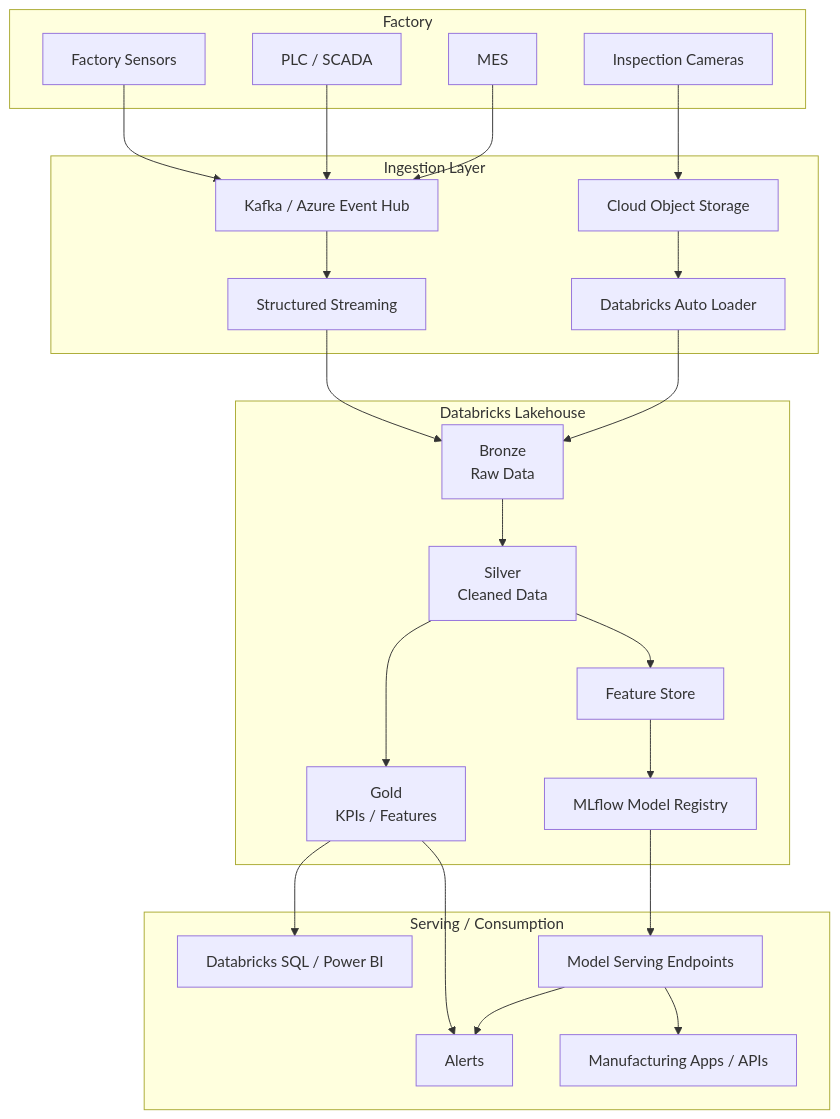
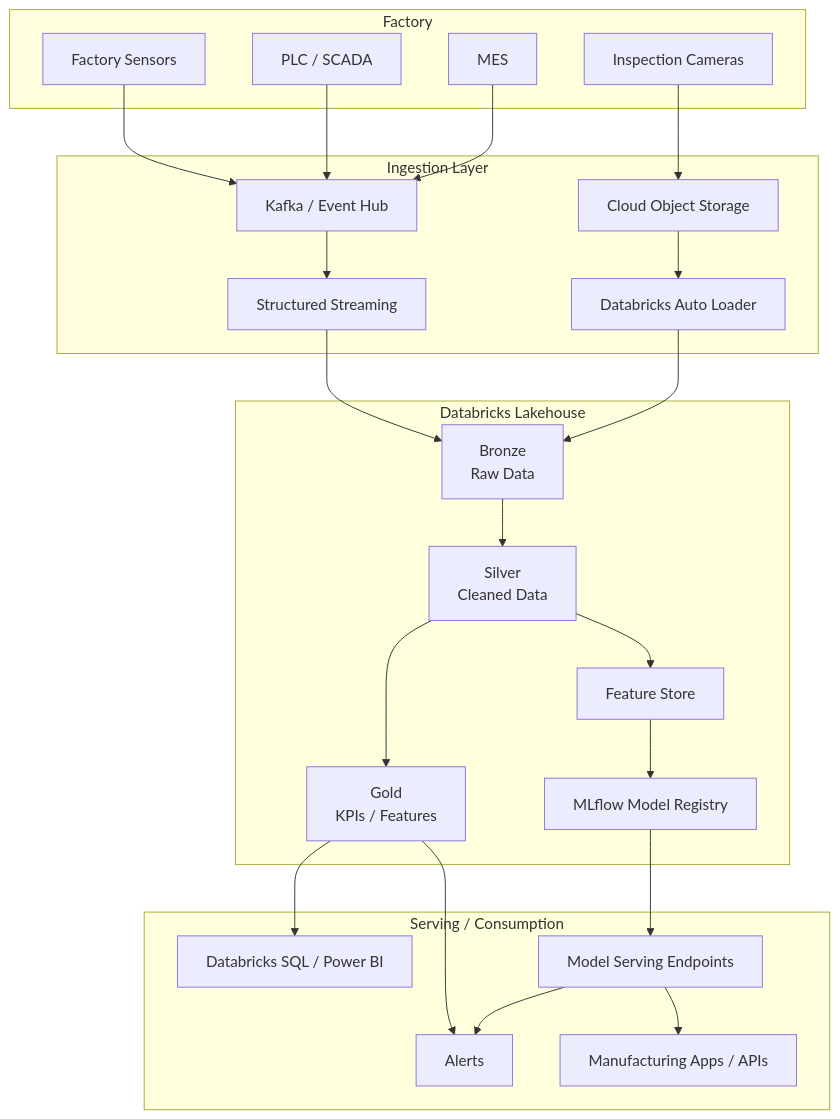
The diagram in README.md (SOLVERIGHT/smart-manufacturing), drawn with Mermaid before and after one commit.

````diff
--- a/README.md
+++ b/README.md
@@ -3,59 +3,59 @@
 ```mermaid
 flowchart TB
 
     %% External factory systems
     subgraph Factory["Factory"]
         Sensors["Factory Sensors"]
         PLC["PLC / SCADA"]
         MES["MES"]
         Cameras["Inspection Cameras"]
     end
 
     %% Ingestion layer
     subgraph Ingestion["Ingestion Layer"]
-        Kafka["Kafka / Azure Event Hub"]
+        Kafka["Kafka / Event Hub"]
         ObjectStorage["Cloud Object Storage"]
         AutoLoader["Databricks Auto Loader"]
         Streaming["Structured Streaming"]
     end
 
     %% Lakehouse layer
     subgraph Lakehouse["Databricks Lakehouse"]
         Bronze["Bronze<br/>Raw Data"]
         Silver["Silver<br/>Cleaned Data"]
         Gold["Gold<br/>KPIs / Features"]
         FeatureStore["Feature Store"]
         MLflow["MLflow Model Registry"]
     end
 
     %% Serving layer
     subgraph Serving["Serving / Consumption"]
         Dashboards["Databricks SQL / Power BI"]
         Alerts["Alerts"]
         ModelServing["Model Serving Endpoints"]
         Apps["Manufacturing Apps / APIs"]
     end
 
     Sensors --> Kafka
     PLC --> Kafka
     MES --> Kafka
     Cameras --> ObjectStorage
 
     Kafka --> Streaming
     ObjectStorage --> AutoLoader
 
     Streaming --> Bronze
     AutoLoader --> Bronze
 
     Bronze --> Silver
     Silver --> Gold
     Silver --> FeatureStore
 
     FeatureStore --> MLflow
     MLflow --> ModelServing
 
     Gold --> Dashboards
     Gold --> Alerts
     ModelServing --> Apps
     ModelServing --> Alerts
 ```
````
